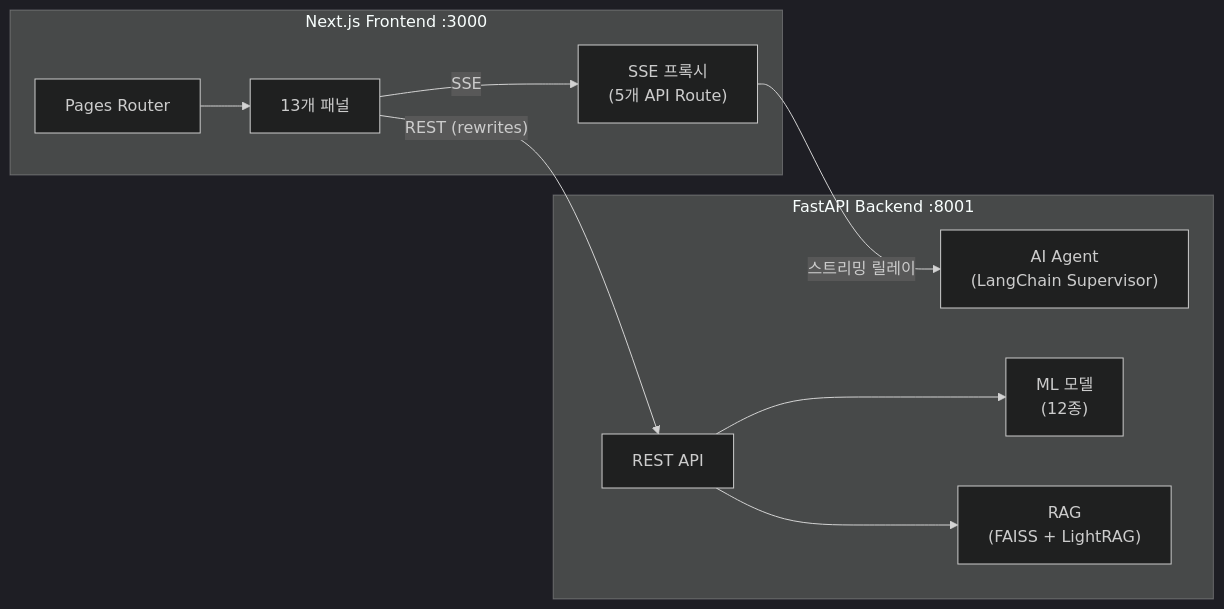
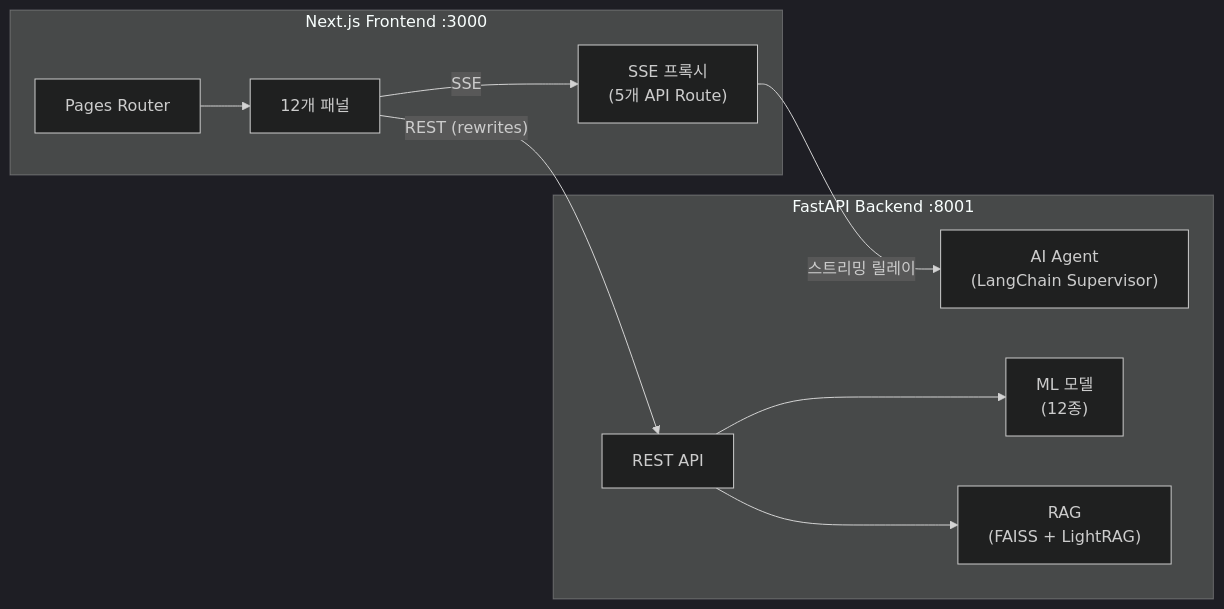
One commit to ASNGG/cafe24-demo changed the first of 15 diagrams in nextjs/README.md. Above: the diagram before and after it, drawn with Mermaid (dark theme). The commit also changed other lines of this file and 43 other files, not shown here.

````diff
--- a/nextjs/README.md
+++ b/nextjs/README.md
@@ -51,22 +51,22 @@
 ```mermaid
 graph LR
     subgraph Frontend["Next.js Frontend :3000"]
         Pages["Pages Router"]
-        Panels["13개 패널"]
+        Panels["12개 패널"]
         SSEProxy["SSE 프록시<br/>(5개 API Route)"]
     end
 
     subgraph Backend["FastAPI Backend :8001"]
         API["REST API"]
         Agent["AI Agent<br/>(LangChain Supervisor)"]
         ML["ML 모델<br/>(12종)"]
         RAG["RAG<br/>(FAISS + LightRAG)"]
     end
 
     Pages --> Panels
     Panels -->|"REST (rewrites)"| API
     Panels -->|"SSE"| SSEProxy
     SSEProxy -->|"스트리밍 릴레이"| Agent
     API --> ML
     API --> RAG
 ```
````
